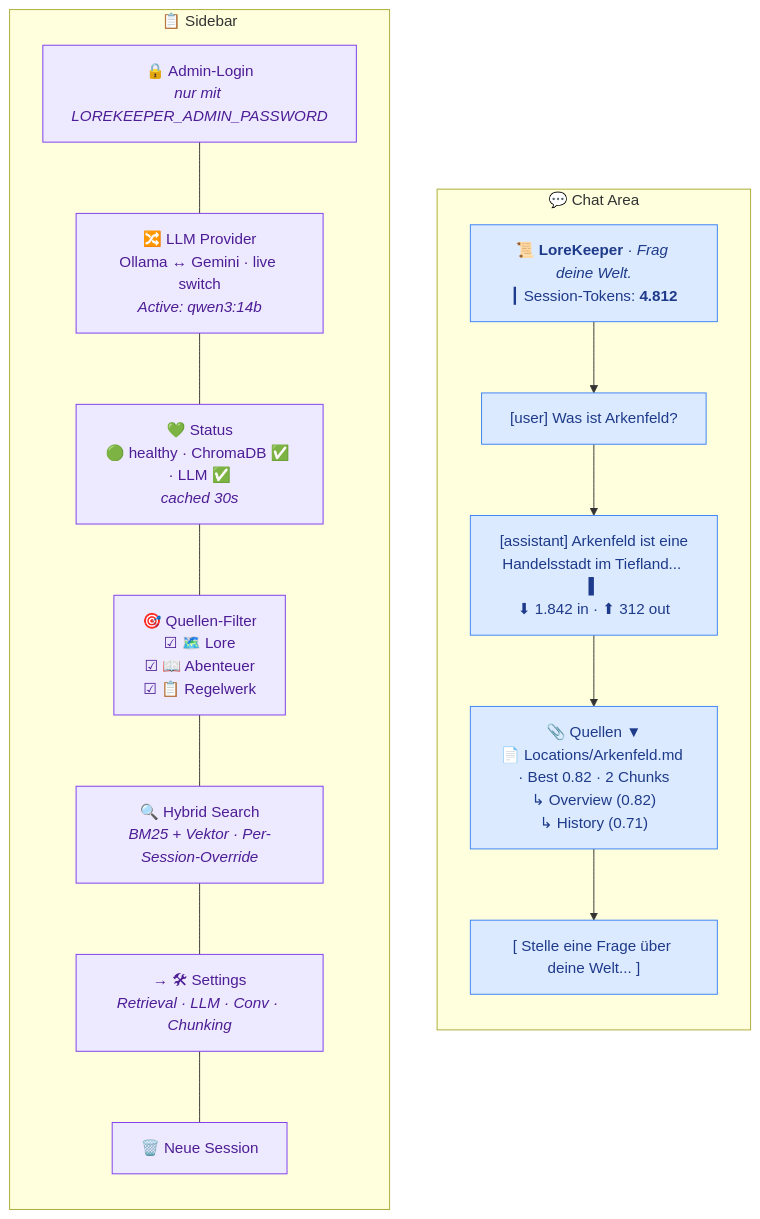
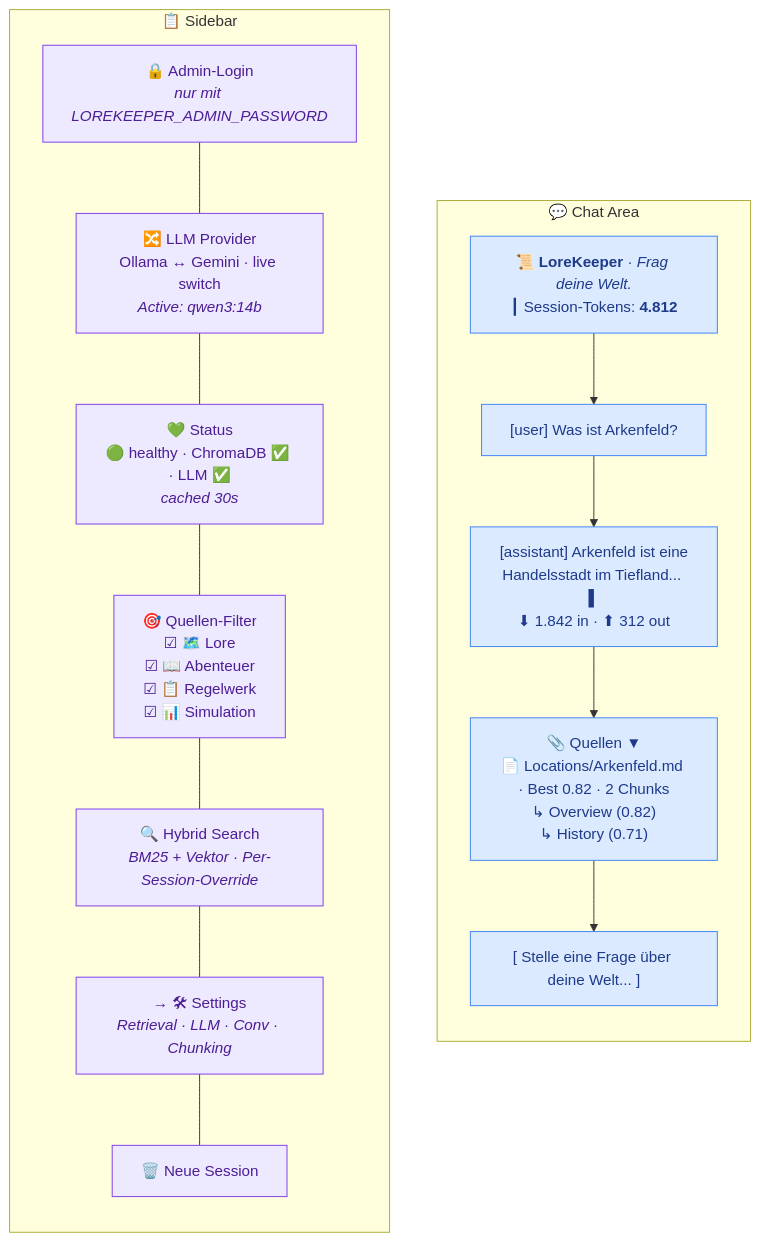
One commit to FabianHentrich/lorekeeper changed the first of 2 diagrams in docs/ui-ux.md. Above: the diagram before and after it, drawn with Mermaid. The commit also changed other lines of this file and 17 other files, not shown here.

First line of the commit message:
Simulation source group, golden set z001-z016, roadmap 6.0 status

````diff
--- a/docs/ui-ux.md
+++ b/docs/ui-ux.md
@@ -22,31 +22,31 @@
 ```mermaid
 flowchart LR
     subgraph SIDEBAR["📋 Sidebar"]
         direction TB
         S1["🔒 Admin-Login<br/><i>nur mit LOREKEEPER_ADMIN_PASSWORD</i>"]
         S2["🔀 LLM Provider<br/>Ollama ↔ Gemini · live switch<br/><i>Active: qwen3:14b</i>"]
         S3["💚 Status<br/>🟢 healthy · ChromaDB ✅ · LLM ✅<br/><i>cached 30s</i>"]
-        S4["🎯 Quellen-Filter<br/>☑ 🗺️ Lore<br/>☑ 📖 Abenteuer<br/>☑ 📋 Regelwerk"]
+        S4["🎯 Quellen-Filter<br/>☑ 🗺️ Lore<br/>☑ 📖 Abenteuer<br/>☑ 📋 Regelwerk<br/>☑ 📊 Simulation"]
         S5["🔍 Hybrid Search<br/><i>BM25 + Vektor · Per-Session-Override</i>"]
         S6["→ 🛠 Settings<br/><i>Retrieval · LLM · Conv · Chunking</i>"]
         S7["🗑️ Neue Session"]
         S1 --- S2 --- S3 --- S4 --- S5 --- S6 --- S7
     end
 
     subgraph CHAT["💬 Chat Area"]
         direction TB
         C1["📜 <b>LoreKeeper</b> · <i>Frag deine Welt.</i><br/>┃ Session-Tokens: <b>4.812</b>"]
         C2["[user] Was ist Arkenfeld?"]
         C3["[assistant] Arkenfeld ist eine<br/>Handelsstadt im Tiefland... ▌<br/>⬇ 1.842 in · ⬆ 312 out"]
         C4["📎 Quellen ▼<br/>📄 Locations/Arkenfeld.md · Best 0.82 · 2 Chunks<br/>↳ Overview (0.82)<br/>↳ History (0.71)"]
         C5["[ Stelle eine Frage über deine Welt... ]"]
         C1 --> C2 --> C3 --> C4 --> C5
     end
 
     SIDEBAR ~~~ CHAT
 
     classDef side fill:#ede9fe,stroke:#7c3aed,color:#4c1d95
     classDef chat fill:#dbeafe,stroke:#3b82f6,color:#1e3a8a
     class S1,S2,S3,S4,S5,S6,S7 side
     class C1,C2,C3,C4,C5 chat
 ```
````
